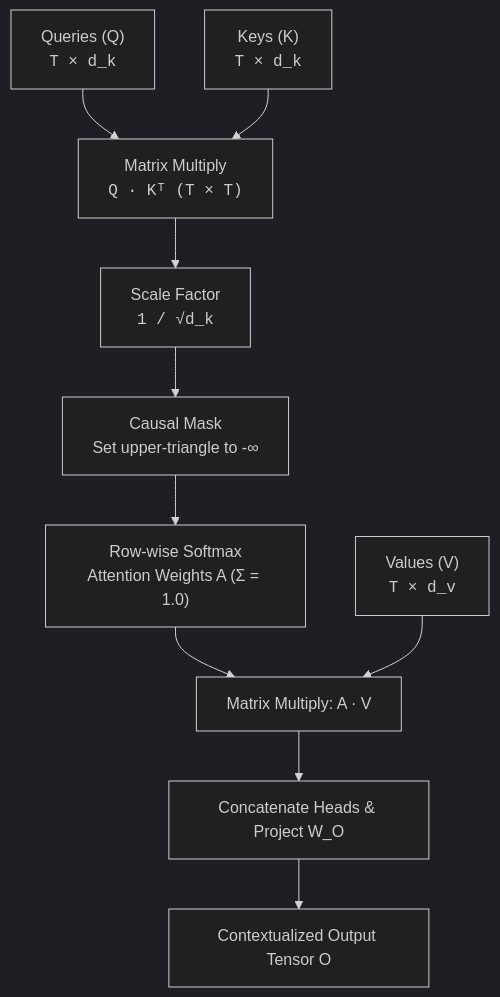
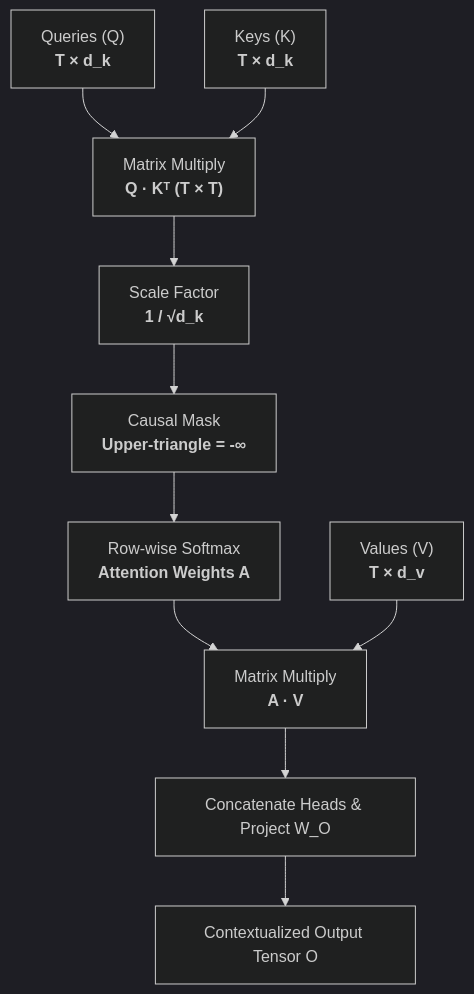
Before and after one commit to shotsan/llmnerd: the diagram in content/foundations/attention_mechanisms.md, drawn with Mermaid (dark theme). The commit also changed 7 other files, not shown here.

Commit message:
style(mermaid): upgrade diagram aesthetics with modern card wrapper, themeVariables, and refined typography

````diff
--- a/content/foundations/attention_mechanisms.md
+++ b/content/foundations/attention_mechanisms.md
@@ -27,12 +27,12 @@
 ```mermaid
 flowchart TD
-    Q["Queries (Q)<br><code>T × d_k</code>"] --> Dot["Matrix Multiply<br><code>Q · Kᵀ (T × T)</code>"]
-    K["Keys (K)<br><code>T × d_k</code>"] --> Dot
-    Dot --> Scale["Scale Factor<br><code>1 / √d_k</code>"]
-    Scale --> Mask["Causal Mask<br>Set upper-triangle to -∞"]
-    Mask --> Softmax["Row-wise Softmax<br>Attention Weights A (Σ = 1.0)"]
-    Softmax --> MatMulV["Matrix Multiply: A · V"]
-    V["Values (V)<br><code>T × d_v</code>"] --> MatMulV
+    Q["Queries (Q)<br/><b>T × d_k</b>"] --> Dot["Matrix Multiply<br/><b>Q · Kᵀ (T × T)</b>"]
+    K["Keys (K)<br/><b>T × d_k</b>"] --> Dot
+    Dot --> Scale["Scale Factor<br/><b>1 / √d_k</b>"]
+    Scale --> Mask["Causal Mask<br/><b>Upper-triangle = -∞</b>"]
+    Mask --> Softmax["Row-wise Softmax<br/><b>Attention Weights A</b>"]
+    Softmax --> MatMulV["Matrix Multiply<br/><b>A · V</b>"]
+    V["Values (V)<br/><b>T × d_v</b>"] --> MatMulV
     MatMulV --> Head["Concatenate Heads & Project W_O"]
     Head --> Out["Contextualized Output Tensor O"]
 ```
````
